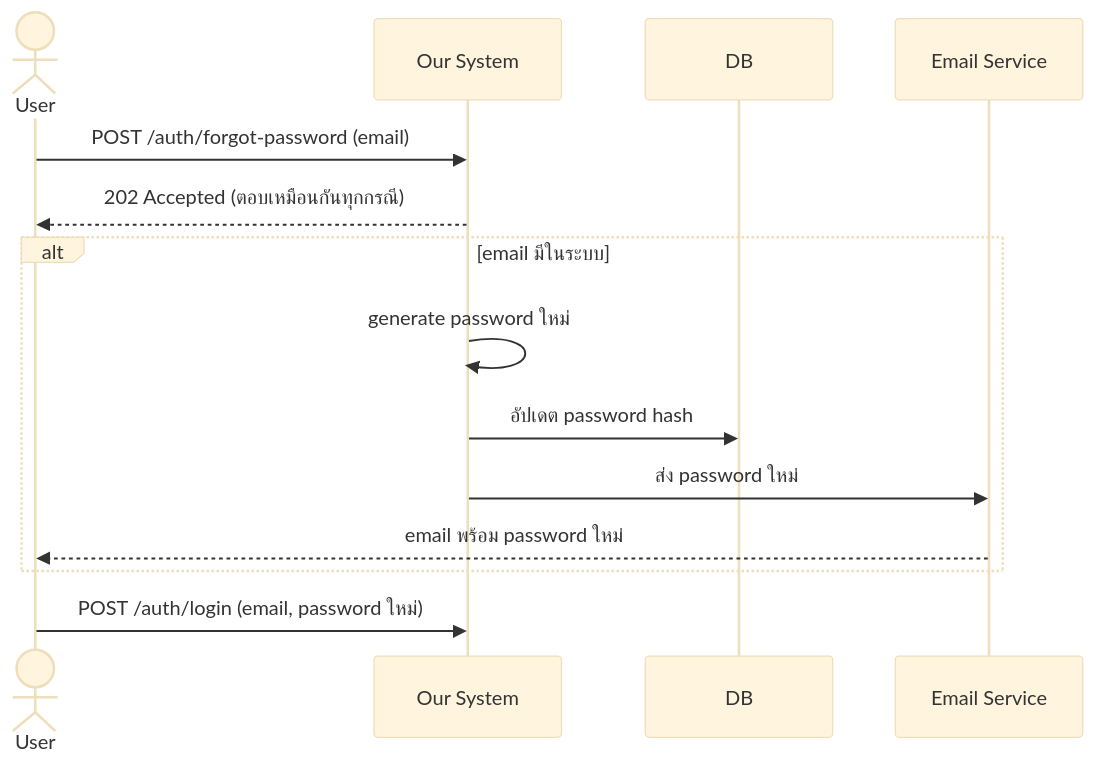
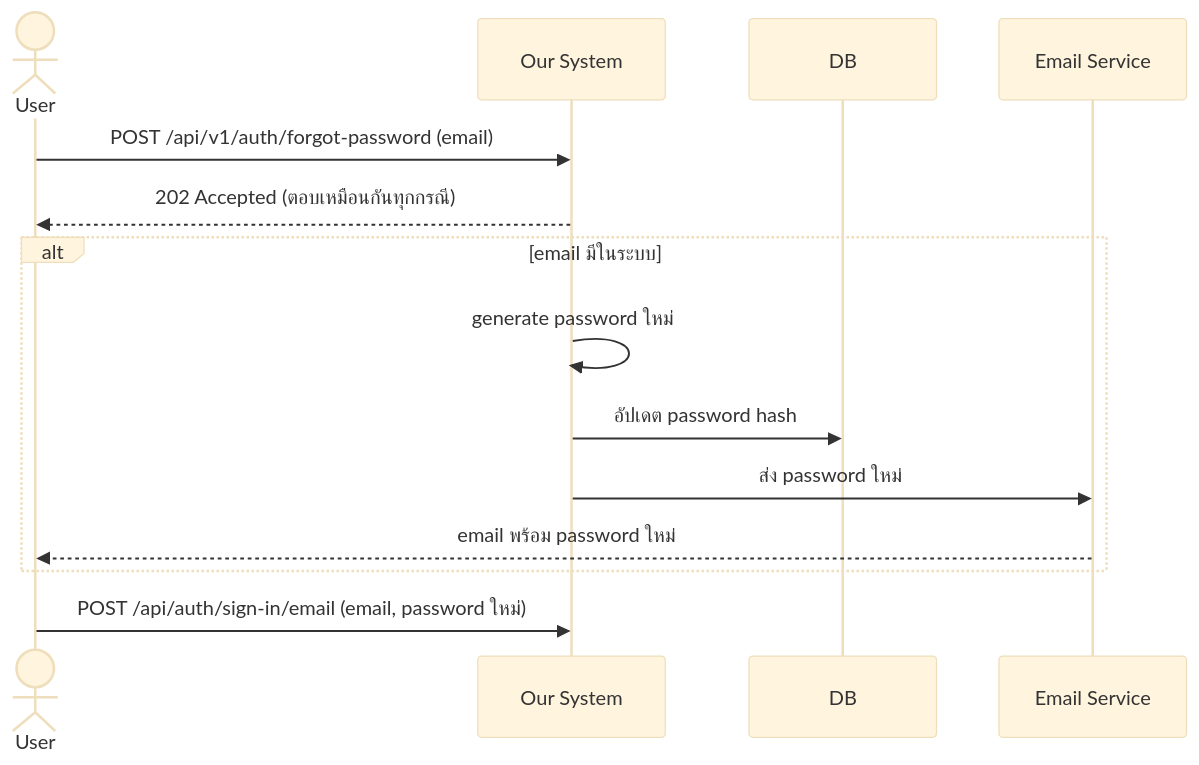
Before and after one commit to jeweal-pm/f1-system: the fourth of 5 diagrams in document/diagram/login-flow.md, drawn with Mermaid (base theme). The commit also changed other lines of this file and 32 other files, not shown here.

Commit message:
feat: complete auth flow and login UX

````diff
--- a/document/diagram/login-flow.md
+++ b/document/diagram/login-flow.md
@@ -92,17 +93,17 @@
 ```mermaid
 sequenceDiagram
     actor U as User
     participant API as Our System
     participant DB
     participant Mail as Email Service
 
-    U->>API: POST /auth/forgot-password (email)
+    U->>API: POST /api/v1/auth/forgot-password (email)
     API-->>U: 202 Accepted (ตอบเหมือนกันทุกกรณี)
     alt email มีในระบบ
         API->>API: generate password ใหม่
         API->>DB: อัปเดต password hash
         API->>Mail: ส่ง password ใหม่
         Mail-->>U: email พร้อม password ใหม่
     end
-    U->>API: POST /auth/login (email, password ใหม่)
+    U->>API: POST /api/auth/sign-in/email (email, password ใหม่)
 ```
````
